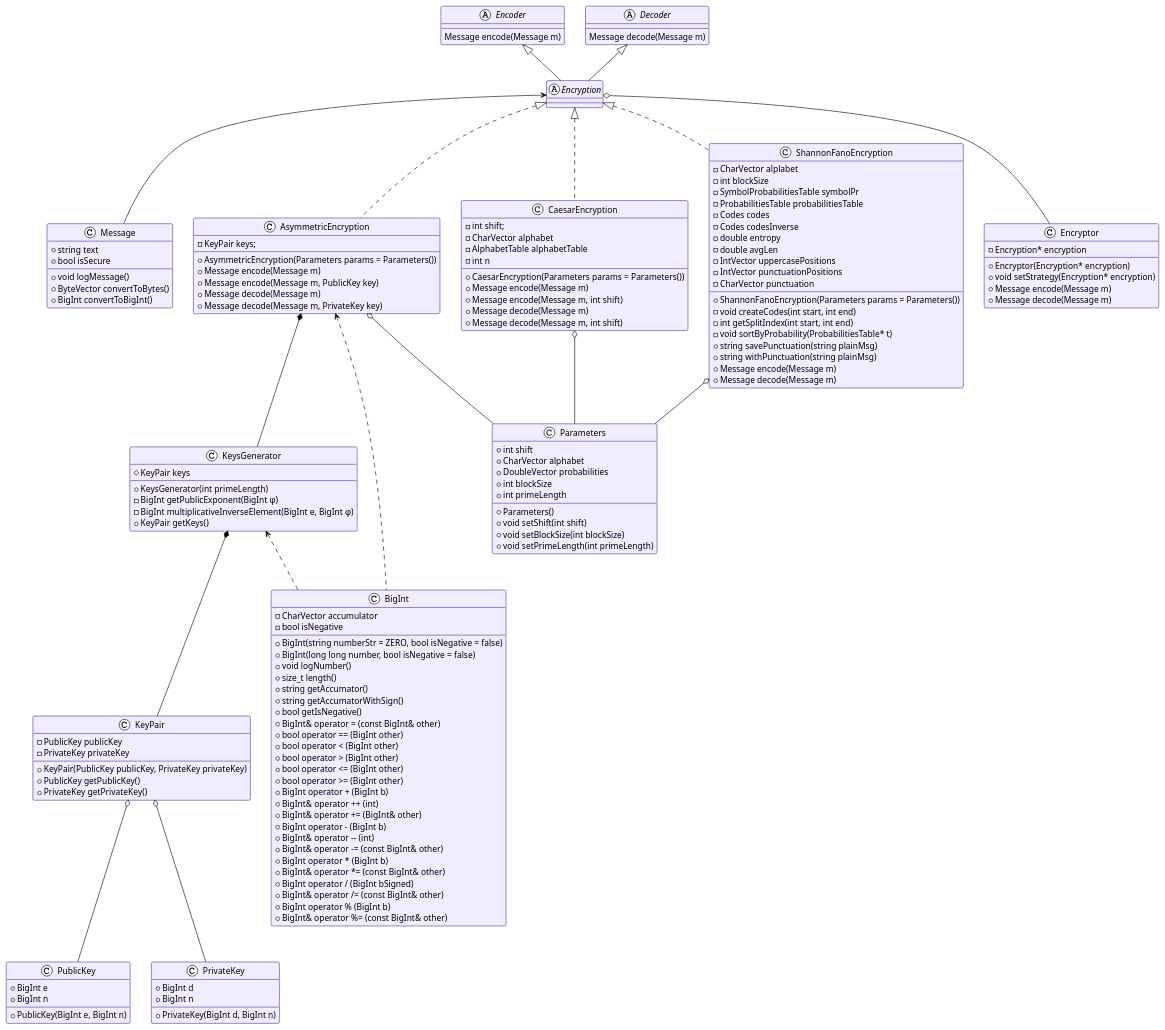
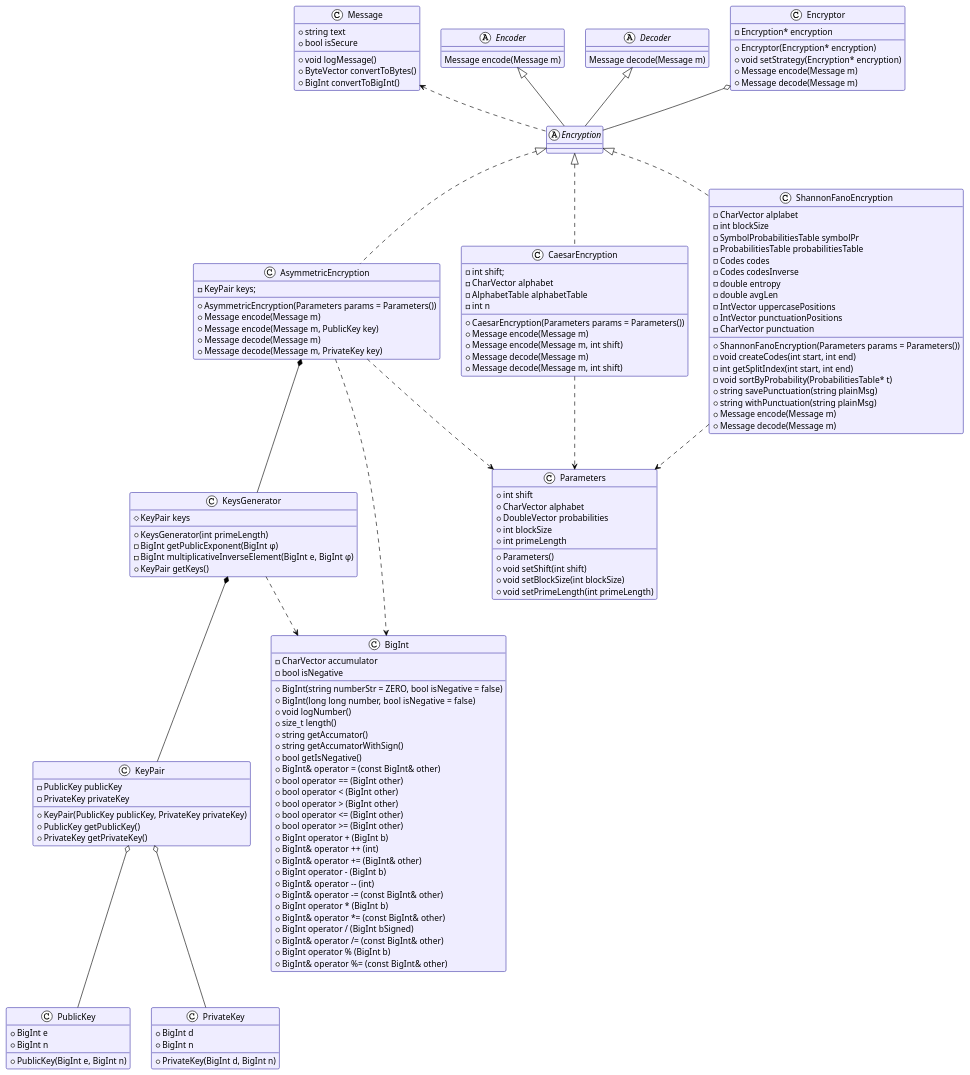
Before and after one commit to RNEvok/Encryption: the diagram in Diagrams/classes.puml, drawn with PlantUML.

```diff
--- a/Diagrams/classes.puml
+++ b/Diagrams/classes.puml
@@ -1,165 +1,170 @@
 @startuml Диаграмма классов
   !theme plain
   skinparam BackgroundColor #fff
   skinparam ClassBorderColor #4940ad
   skinparam ClassBackgroundColor #efedff
   skinparam Handwritten false
 
   class Message {
     +string text
     +bool isSecure
     +void logMessage()
     +ByteVector convertToBytes()
     +BigInt convertToBigInt()
   }
 
   abstract Encryption
 
   class AsymmetricEncryption {
     -KeyPair keys;
     +AsymmetricEncryption(Parameters params = Parameters())
     +Message encode(Message m)
     +Message encode(Message m, PublicKey key)
     +Message decode(Message m)
     +Message decode(Message m, PrivateKey key)
   }
   class PublicKey {
     +BigInt e
     +BigInt n
     +PublicKey(BigInt e, BigInt n)
   }
   class PrivateKey {
     +BigInt d
     +BigInt n
     +PrivateKey(BigInt d, BigInt n)
   }
   class KeyPair {
     -PublicKey publicKey
     -PrivateKey privateKey
     +KeyPair(PublicKey publicKey, PrivateKey privateKey)
     +PublicKey getPublicKey()
     +PrivateKey getPrivateKey()
   }
 
   class KeysGenerator {
     #KeyPair keys
     +KeysGenerator(int primeLength)
     -BigInt getPublicExponent(BigInt φ)
     -BigInt multiplicativeInverseElement(BigInt e, BigInt φ)
     +KeyPair getKeys()
   }
 
   class CaesarEncryption {
     -int shift;
     -CharVector alphabet
     -AlphabetTable alphabetTable
     -int n
     +CaesarEncryption(Parameters params = Parameters())
     +Message encode(Message m)
     +Message encode(Message m, int shift)
     +Message decode(Message m)
     +Message decode(Message m, int shift)
   }
 
   class ShannonFanoEncryption {
     -CharVector alplabet
     -int blockSize
     -SymbolProbabilitiesTable symbolPr
     -ProbabilitiesTable probabilitiesTable
     -Codes codes
     -Codes codesInverse
     -double entropy
     -double avgLen 
     -IntVector uppercasePositions
     -IntVector punctuationPositions
     -CharVector punctuation
     +ShannonFanoEncryption(Parameters params = Parameters())
     -void createCodes(int start, int end)
     -int getSplitIndex(int start, int end)
     -void sortByProbability(ProbabilitiesTable* t)
     +string savePunctuation(string plainMsg)
     +string withPunctuation(string plainMsg)
     +Message encode(Message m)
     +Message decode(Message m)
   }
 
   abstract Encoder {
     Message encode(Message m)
   }
 
   abstract Decoder {
     Message decode(Message m)
   }
 
   class Parameters {
     +int shift
     +CharVector alphabet
     +DoubleVector probabilities
     +int blockSize
     +int primeLength
     +Parameters()
     +void setShift(int shift)
     +void setBlockSize(int blockSize)
     +void setPrimeLength(int primeLength)
   }
 
   class Encryptor {
     -Encryption* encryption
     +Encryptor(Encryption* encryption)
     +void setStrategy(Encryption* encryption)
     +Message encode(Message m)
     +Message decode(Message m)
   }
 
   class BigInt {
     -CharVector accumulator
     -bool isNegative
     +BigInt(string numberStr = ZERO, bool isNegative = false)
     +BigInt(long long number, bool isNegative = false)
     +void logNumber()
     +size_t length()
     +string getAccumator()
     +string getAccumatorWithSign()
     +bool getIsNegative()
     +BigInt& operator = (const BigInt& other)
     +bool operator == (BigInt other)
     +bool operator < (BigInt other)
     +bool operator > (BigInt other)
     +bool operator <= (BigInt other)
     +bool operator >= (BigInt other)
     +BigInt operator + (BigInt b)
     +BigInt& operator ++ (int)
     +BigInt& operator += (BigInt& other)
     +BigInt operator - (BigInt b)
     +BigInt& operator -- (int)
     +BigInt& operator -= (const BigInt& other)
     +BigInt operator * (BigInt b)
     +BigInt& operator *= (const BigInt& other)
     +BigInt operator / (BigInt bSigned)
     +BigInt& operator /= (const BigInt& other)
     +BigInt operator % (BigInt b)
     +BigInt& operator %= (const BigInt& other)
   }
 
   KeyPair o-- PrivateKey
   KeyPair o-- PublicKey
 
+  Message <.. Encryption
   Encoder <|-- Encryption
   Decoder <|-- Encryption
+  Encryptor o-- Encryption
 
   Encryption <|.. AsymmetricEncryption
   Encryption <|.. CaesarEncryption
   Encryption <|.. ShannonFanoEncryption
-  Encryption o-- Encryptor
-  Encryption <-- Message
 
   AsymmetricEncryption *-- KeysGenerator
-  AsymmetricEncryption <.. BigInt
-  AsymmetricEncryption o-- Parameters
-  CaesarEncryption o-- Parameters
-  ShannonFanoEncryption o-- Parameters
+  AsymmetricEncryption ..> BigInt
+  ' BigInt <.. AsymmetricEncryption
+  AsymmetricEncryption ..> Parameters
+  CaesarEncryption ..> Parameters
+  ShannonFanoEncryption ..> Parameters
+  ' Parameters <.. AsymmetricEncryption
+  ' Parameters <.. CaesarEncryption
+  ' Parameters <.. ShannonFanoEncryption
 
   KeysGenerator *-- KeyPair
-  KeysGenerator <.. BigInt
+  KeysGenerator ..> BigInt
+  ' BigInt <.. KeysGenerator
   
 @enduml
```
